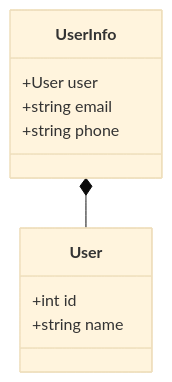
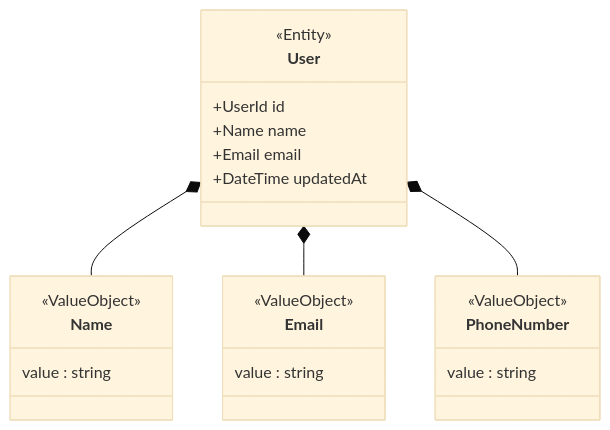
One commit to taka-chin/coding-test changed the diagram in clean_architecture/memo.md. Above: the diagram before and after it, drawn with Mermaid (base theme).

Commit message:
ドメインの抽出

````diff
--- a/clean_architecture/memo.md
+++ b/clean_architecture/memo.md
@@ -3,17 +3,31 @@
 ```mermaid
 classDiagram
 
 class User{
-    +int id
-    +string name
+    <<Entity>>
+    +UserId id
+    +Name name
+    +Email email
+    +DateTime updatedAt
 }
 
-class UserInfo{
-    +User user
-    +string email
-    +string phone
+class Name{
+    <<ValueObject>>
+    value : string
 }
 
-UserInfo *-- User
+class Email {
+    <<ValueObject>>
+    value : string
+}
+
+class PhoneNumber{
+    <<ValueObject>>
+    value : string
+}
+
+User *-- Name
+User *-- Email
+User *-- PhoneNumber
 
 ```
````
